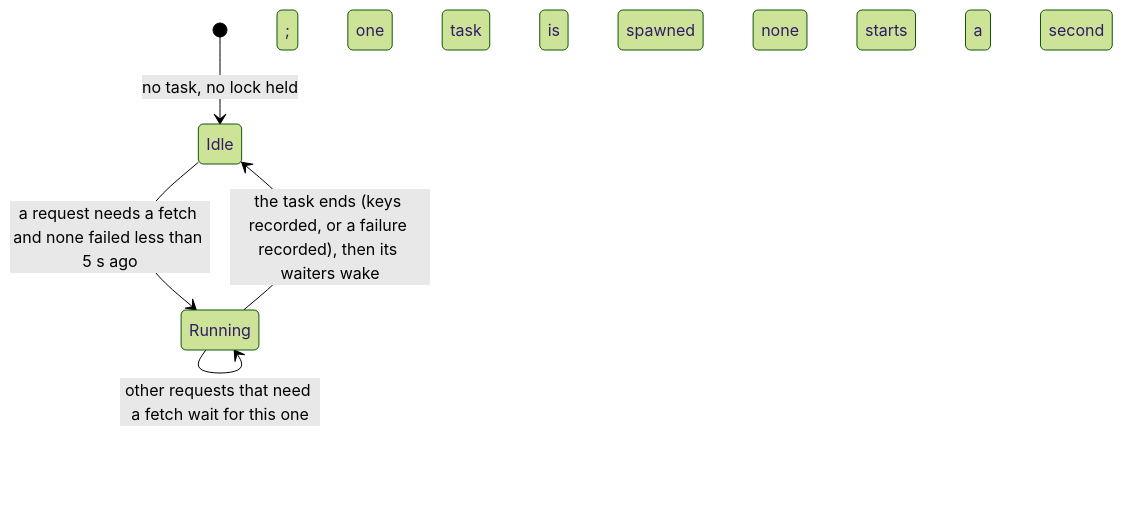
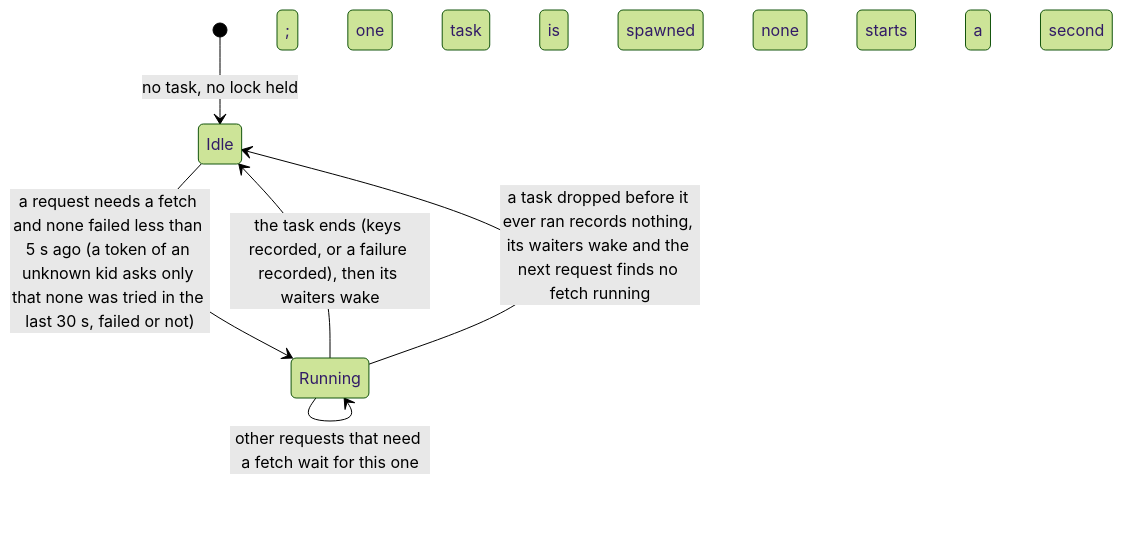
One commit to vymalo/another-agentic-system changed the third of 3 diagrams in orchestrator/crates/auth-jwt/README.md. Above: the diagram before and after it, drawn with Mermaid (forest theme). The commit also changed other lines of this file and 5 other files, not shown here.

First line of the commit message:
test(auth-jwt): pin the wake-up order, the recovery paths and one refresh; correct the diagrams

````diff
--- a/orchestrator/crates/auth-jwt/README.md
+++ b/orchestrator/crates/auth-jwt/README.md
@@ -59,7 +62,8 @@
 ```mermaid
 stateDiagram-v2
   [*] --> Idle: no task, no lock held
-  Idle --> Running: a request needs a fetch and none failed less than 5 s ago; one task is spawned
+  Idle --> Running: a request needs a fetch and none failed less than 5 s ago (a token of an unknown kid asks only that none was tried in the last 30 s, failed or not); one task is spawned
   Running --> Running: other requests that need a fetch wait for this one; none starts a second
   Running --> Idle: the task ends (keys recorded, or a failure recorded), then its waiters wake
+  Running --> Idle: a task dropped before it ever ran records nothing, its waiters wake and the next request finds no fetch running
 ```
````
